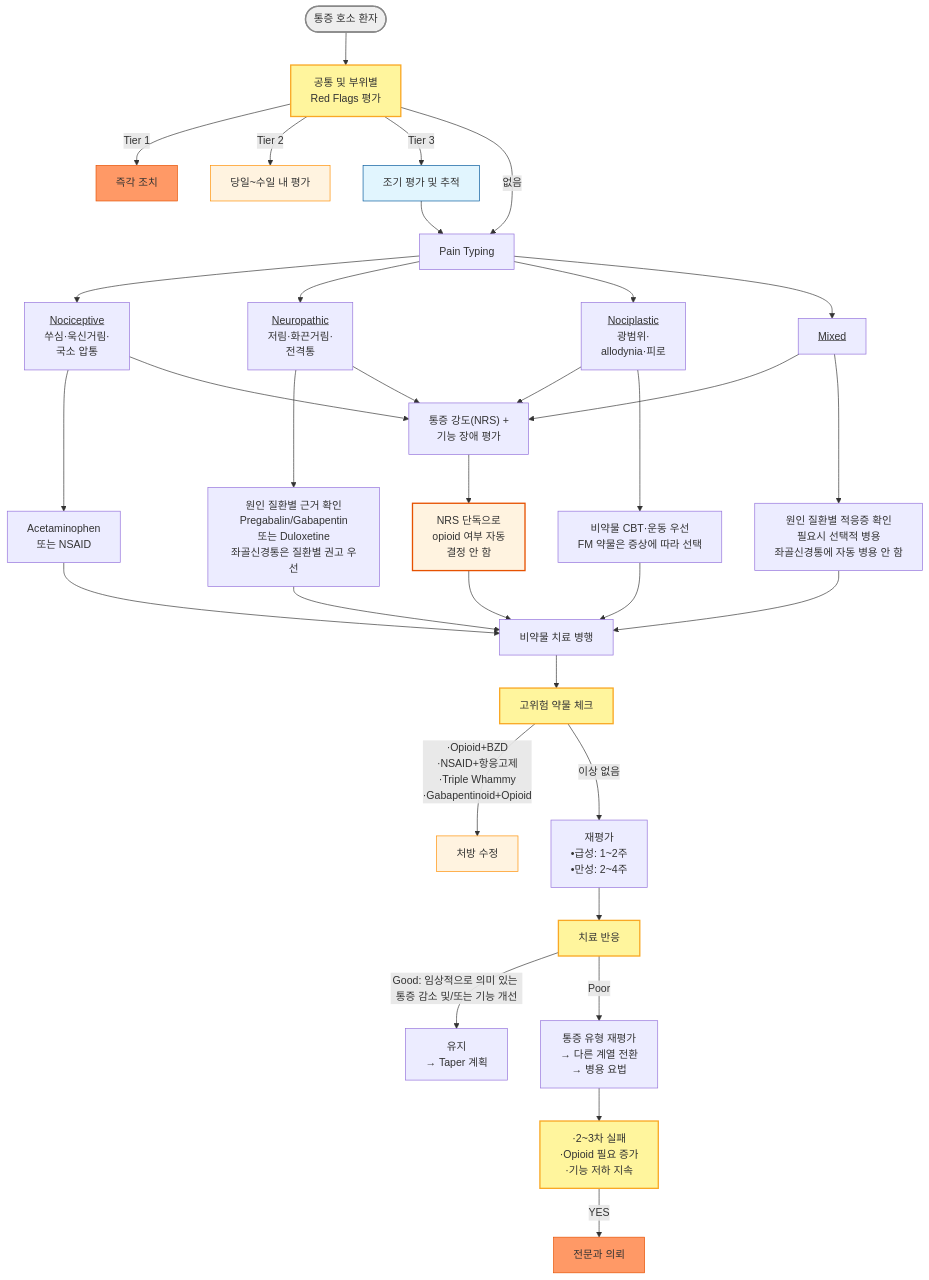
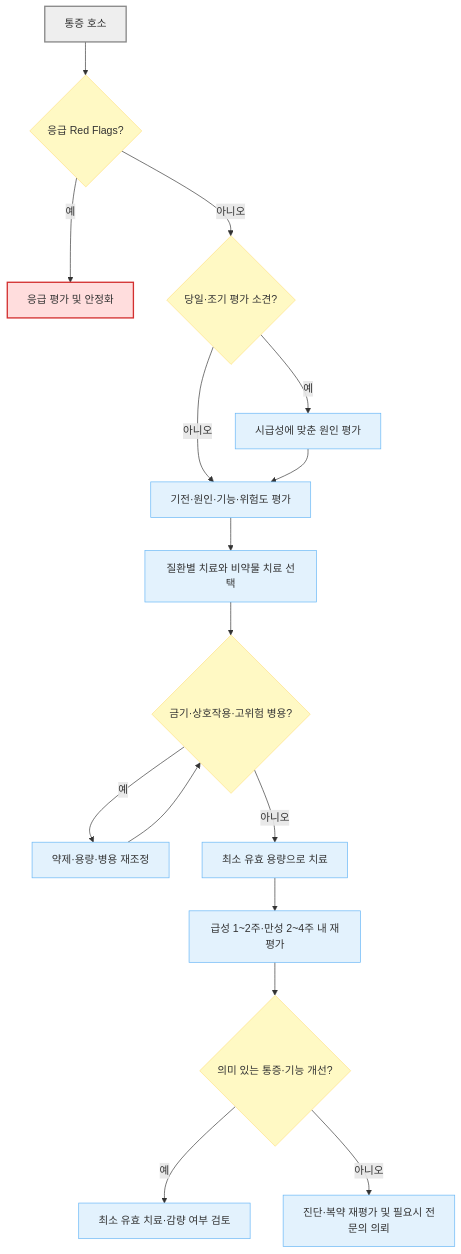
The first of 2 diagrams in 220_/001_-pain.md (familyoh77/familyoh77), drawn with Mermaid before and after one commit. The commit also changed other lines of this file and 13 other files, not shown here.

````diff
--- a/220_/001_-pain.md
+++ b/220_/001_-pain.md
@@ -139,39 +142,24 @@
 ```mermaid
 flowchart TD
-    A([통증 호소 환자]) --> B[공통 및 부위별\nRed Flags 평가]
-    B -->|Tier 1| C[즉각 조치]
-    B -->|Tier 2| C2[당일~수일 내 평가]
-    B -->|Tier 3| C3[조기 평가 및 추적]
-    B -->|없음| D[Pain Typing]
-    C3 --> D
-    D --> D1[<u>Nociceptive</u>\n쑤심·욱신거림·\n국소 압통]
-    D --> D2[<u>Neuropathic</u>\n저림·화끈거림·\n전격통]
-    D --> D3[<u>Nociplastic</u>\n광범위·\nallodynia·피로]
-    D --> D4[<u>Mixed</u>]
-    D1 --> F1[Acetaminophen \n또는 NSAID]
-    D2 --> G1["원인 질환별 근거 확인\nPregabalin/Gabapentin\n또는 Duloxetine\n좌골신경통은 질환별 권고 우선"]
-    D1 & D2 & D3 & D4 --> E["통증 강도(NRS) +\n 기능 장애 평가"]
-    E --> E0["NRS 단독으로 \nopioid 여부 자동 \n결정 안 함"]
-    D3 --> G2["비약물 CBT·운동 우선\nFM 약물은 증상에 따라 선택"]
-    D4 --> F2["원인 질환별 적응증 확인\n필요시 선택적 병용\n좌골신경통에 자동 병용 안 함"]
-    E0 & F1 & G1 & G2 & F2 --> H[비약물 치료 병행]
-    H --> I[고위험 약물 체크]
-    I --> |"·Opioid+BZD\n·NSAID+항응고제\n·Triple Whammy\n·Gabapentinoid+Opioid"| J[처방 수정]
-    I -->|"이상 없음"| K[재평가\n•급성: 1~2주\n•만성: 2~4주]
-    K --> L[치료 반응]
-    L -->|Good: 임상적으로 의미 있는 통증 감소 및/또는 기능 개선| M[유지 \n→ Taper 계획]
-    L -->|Poor| N[통증 유형 재평가\n→ 다른 계열 전환\n→ 병용 요법]
-    N --> O[·2~3차 실패\n·Opioid 필요 증가\n·기능 저하 지속]
-    O -->|YES| P[전문과 의뢰]
-    style C fill:#f96,stroke:#e65100
-    style C2 fill:#fff3e0,stroke:#ff8f00
-    style C3 fill:#e1f5fe,stroke:#01579b
-    style P fill:#f96,stroke:#e65100
-    style J fill:#fff3e0,stroke:#ff8f00
-    style E0 fill:#fff3e0,stroke:#e65100,stroke-width:2px
-    style B fill:#fff59d,stroke:#f9a825,stroke-width:2px
-    style I fill:#fff59d,stroke:#f9a825,stroke-width:2px
-    style L fill:#fff59d,stroke:#f9a825,stroke-width:2px
-    style O fill:#fff59d,stroke:#f9a825,stroke-width:2px
+    A["통증 호소"] --> B{"응급 Red Flags?"}
+    B -- "예" --> C["응급 평가 및 안정화"]
+    B -- "아니오" --> D{"당일·조기 평가 소견?"}
+    D -- "예" --> E["시급성에 맞춘 원인 평가"]
+    D -- "아니오" --> F["기전·원인·기능·위험도 평가"]
+    E --> F
+    F --> G["질환별 치료와 비약물 치료 선택"]
+    G --> H{"금기·상호작용·고위험 병용?"}
+    H -- "예" --> I["약제·용량·병용 재조정"]
+    I --> H
+    H -- "아니오" --> J["최소 유효 용량으로 치료"]
+    J --> K["급성 1~2주·만성 2~4주 내 재평가"]
+    K --> L{"의미 있는 통증·기능 개선?"}
+    L -- "예" --> M["최소 유효 치료·감량 여부 검토"]
+    L -- "아니오" --> N["진단·복약 재평가 및 필요시 전문의 의뢰"]
+    classDef question fill:#fff9c4,stroke:#ffe082
+    classDef treatment fill:#e3f2fd,stroke:#64b5f6
+    class B,D,H,L question
+    class E,F,G,I,J,K,M,N treatment
     style A fill:#eeeeee,stroke:#888888,stroke-width:2px
+    style C fill:#ffdddd,stroke:#d32f2f,stroke-width:2px
 ```
````
